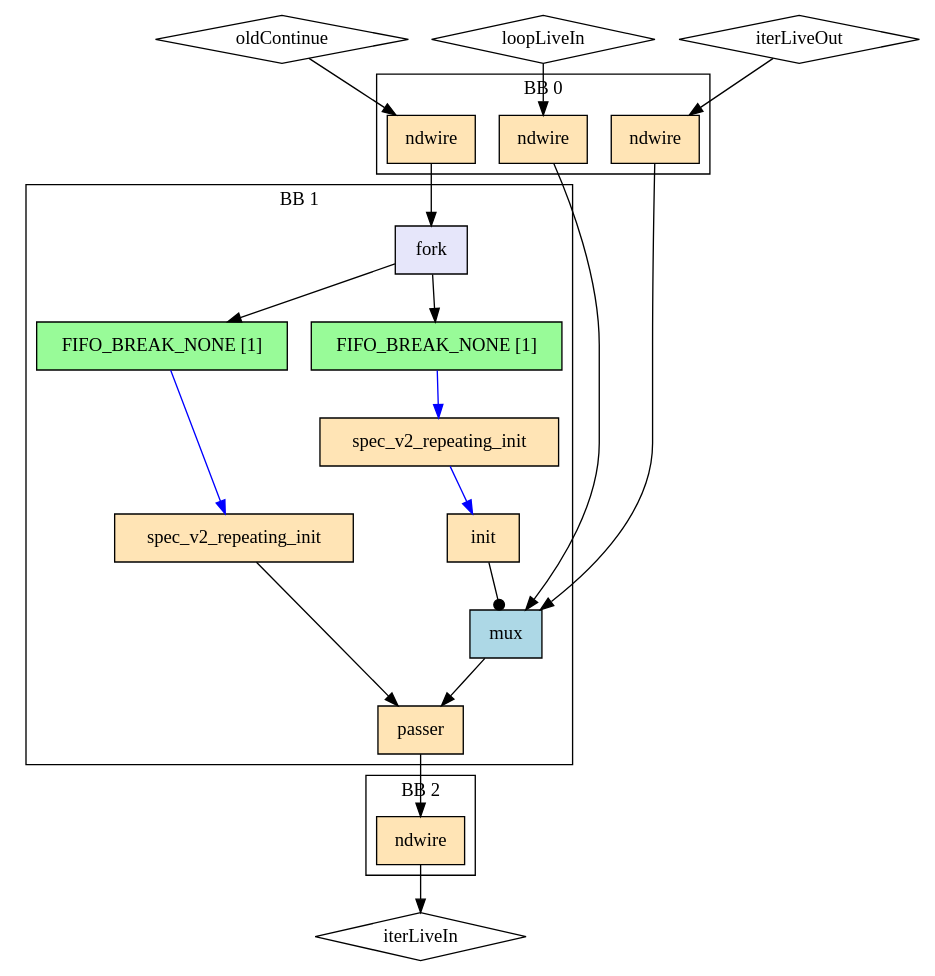
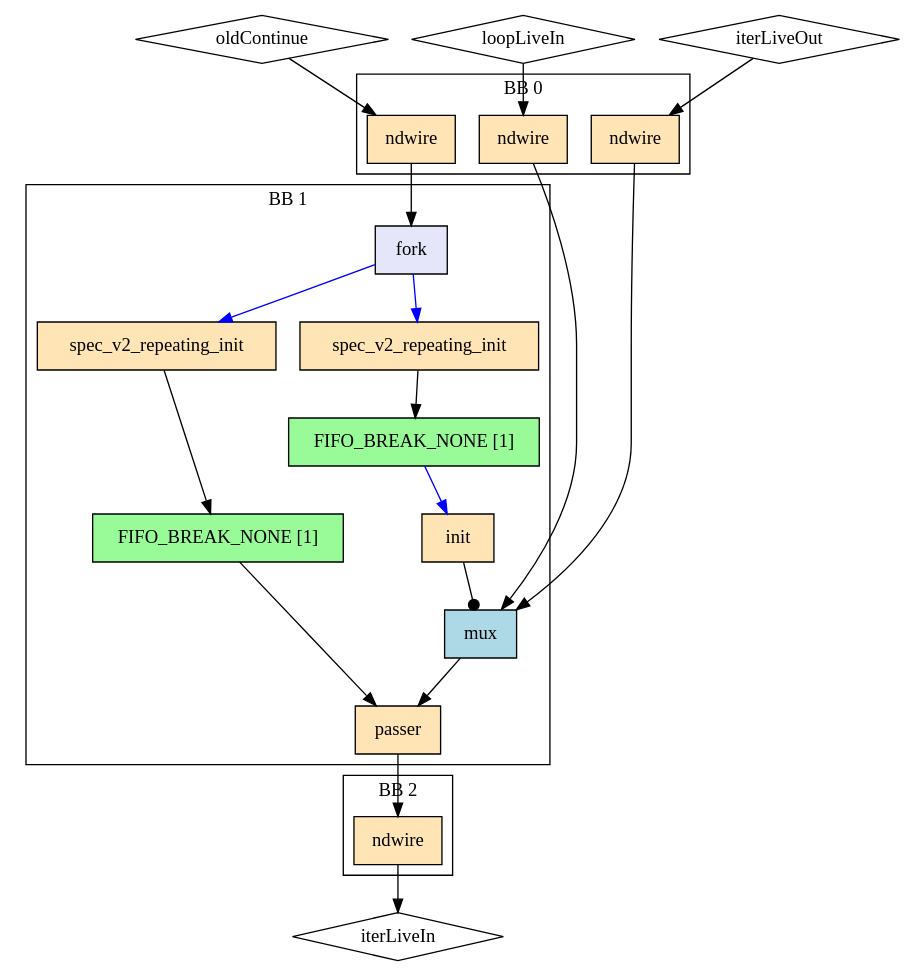
One commit to EPFL-LAP/dynamatic changed the diagram in experimental/tools/elastic-miter/out/sup_mux/rhs_reachability/model.dot. Above: the diagram before and after it, drawn with Graphviz. The commit also changed 939 other files, not shown here.

```diff
--- a/experimental/tools/elastic-miter/out/sup_mux/rhs_reachability/model.dot
+++ b/experimental/tools/elastic-miter/out/sup_mux/rhs_reachability/model.dot
@@ -1,45 +1,45 @@
 Digraph G {
   splines=spline
   compound=true
   "loopLiveIn" ["style"="solid", "shape"="diamond", "label"="loopLiveIn", "mlir_op"="handshake.func"]
+  "iterLiveOut" ["style"="solid", "shape"="diamond", "label"="iterLiveOut", "mlir_op"="handshake.func"]
   "oldContinue" ["style"="solid", "shape"="diamond", "label"="oldContinue", "mlir_op"="handshake.func"]
-  "iterLiveOut" ["style"="solid", "shape"="diamond", "label"="iterLiveOut", "mlir_op"="handshake.func"]
   "iterLiveIn" ["style"="solid", "shape"="diamond", "label"="iterLiveIn", "mlir_op"="handshake.func"]
   "loopLiveIn" -> "ndw_in_loopLiveIn" ["dir"="both", "style"="solid", "arrowhead"="normal", "from_idx"="0", "to"="ins", "arrowtail"="none", "from"="loopLiveIn", "to_idx"="0"]
-  "oldContinue" -> "ndw_in_oldContinue" ["dir"="both", "style"="solid", "arrowhead"="normal", "from_idx"="1", "to"="ins", "arrowtail"="none", "from"="oldContinue", "to_idx"="0"]
-  "iterLiveOut" -> "ndw_in_iterLiveOut" ["dir"="both", "style"="solid", "arrowhead"="normal", "from_idx"="2", "to"="ins", "arrowtail"="none", "from"="iterLiveOut", "to_idx"="0"]
+  "iterLiveOut" -> "ndw_in_iterLiveOut" ["dir"="both", "style"="solid", "arrowhead"="normal", "from_idx"="1", "to"="ins", "arrowtail"="none", "from"="iterLiveOut", "to_idx"="0"]
+  "oldContinue" -> "ndw_in_oldContinue" ["dir"="both", "style"="solid", "arrowhead"="normal", "from_idx"="2", "to"="ins", "arrowtail"="none", "from"="oldContinue", "to_idx"="0"]
   "ndw_in_loopLiveIn" -> "data_mux" ["dir"="both", "style"="solid", "arrowhead"="normal", "from_idx"="0", "to"="ins_0", "arrowtail"="none", "from"="outs", "to_idx"="1"]
-  "ndw_in_oldContinue" -> "vm_fork_1" ["dir"="both", "style"="solid", "arrowhead"="normal", "from_idx"="0", "to"="ins", "arrowtail"="none", "from"="outs", "to_idx"="0"]
   "ndw_in_iterLiveOut" -> "data_mux" ["dir"="both", "style"="solid", "arrowhead"="normal", "from_idx"="0", "to"="ins_1", "arrowtail"="none", "from"="outs", "to_idx"="2"]
+  "ndw_in_oldContinue" -> "vm_fork_2" ["dir"="both", "style"="solid", "arrowhead"="normal", "from_idx"="0", "to"="ins", "arrowtail"="none", "from"="outs", "to_idx"="0"]
   "ndw_out_iterLiveIn" -> "iterLiveIn" ["dir"="both", "style"="solid", "arrowhead"="normal", "from_idx"="0", "to"="iterLiveIn", "arrowtail"="none", "from"="outs", "to_idx"="0"]
   "passer" -> "ndw_out_iterLiveIn" ["dir"="both", "style"="solid", "arrowhead"="normal", "from_idx"="0", "to"="ins", "arrowtail"="none", "from"="result", "to_idx"="0"]
   subgraph cluster0 {
     graph ["label"="BB 0"]
     "ndw_in_loopLiveIn" ["style"="filled", "fillcolor"="moccasin", "shape"="box", "label"="ndwire", "mlir_op"="handshake.ndwire"]
+    "ndw_in_iterLiveOut" ["style"="filled", "fillcolor"="moccasin", "shape"="box", "label"="ndwire", "mlir_op"="handshake.ndwire"]
     "ndw_in_oldContinue" ["style"="filled", "fillcolor"="moccasin", "shape"="box", "label"="ndwire", "mlir_op"="handshake.ndwire"]
-    "ndw_in_iterLiveOut" ["style"="filled", "fillcolor"="moccasin", "shape"="box", "label"="ndwire", "mlir_op"="handshake.ndwire"]
   }
   subgraph cluster2 {
     graph ["label"="BB 2"]
     "ndw_out_iterLiveIn" ["style"="filled", "fillcolor"="moccasin", "shape"="box", "label"="ndwire", "mlir_op"="handshake.ndwire"]
   }
   subgraph cluster1 {
     graph ["label"="BB 1"]
-    "vm_fork_1" ["style"="filled", "fillcolor"="lavender", "shape"="box", "label"="fork", "mlir_op"="handshake.fork"]
+    "vm_fork_2" ["style"="filled", "fillcolor"="lavender", "shape"="box", "label"="fork", "mlir_op"="handshake.fork"]
+    "ri1" ["style"="filled", "fillcolor"="moccasin", "shape"="box", "label"="spec_v2_repeating_init", "mlir_op"="handshake.spec_v2_repeating_init"]
     "buffer1" ["style"="filled", "fillcolor"="palegreen", "shape"="box", "label"="FIFO_BREAK_NONE [1]", "mlir_op"="handshake.buffer"]
-    "ri1" ["style"="filled", "fillcolor"="moccasin", "shape"="box", "label"="spec_v2_repeating_init", "mlir_op"="handshake.spec_v2_repeating_init"]
     "newInit" ["style"="filled", "fillcolor"="moccasin", "shape"="box", "label"="init", "mlir_op"="handshake.init"]
     "data_mux" ["style"="filled", "fillcolor"="lightblue", "shape"="box", "label"="mux", "mlir_op"="handshake.mux"]
+    "ri2" ["style"="filled", "fillcolor"="moccasin", "shape"="box", "label"="spec_v2_repeating_init", "mlir_op"="handshake.spec_v2_repeating_init"]
     "buffer2" ["style"="filled", "fillcolor"="palegreen", "shape"="box", "label"="FIFO_BREAK_NONE [1]", "mlir_op"="handshake.buffer"]
-    "ri2" ["style"="filled", "fillcolor"="moccasin", "shape"="box", "label"="spec_v2_repeating_init", "mlir_op"="handshake.spec_v2_repeating_init"]
     "passer" ["style"="filled", "fillcolor"="moccasin", "shape"="box", "label"="passer", "mlir_op"="handshake.passer"]
-    "vm_fork_1" -> "buffer1" ["dir"="both", "style"="solid", "arrowhead"="normal", "from_idx"="0", "to"="ins", "arrowtail"="none", "from"="outs_0", "to_idx"="0"]
-    "vm_fork_1" -> "buffer2" ["dir"="both", "style"="solid", "arrowhead"="normal", "from_idx"="1", "to"="ins", "arrowtail"="none", "from"="outs_1", "to_idx"="0"]
-    "buffer1" -> "ri1" ["dir"="both", "style"="solid", "arrowhead"="normal", "from_idx"="0", "color"="blue", "to"="ins", "arrowtail"="none", "from"="outs", "to_idx"="0"]
-    "ri1" -> "newInit" ["dir"="both", "style"="solid", "arrowhead"="normal", "from_idx"="0", "color"="blue", "to"="ins", "arrowtail"="none", "from"="outs", "to_idx"="0"]
+    "vm_fork_2" -> "ri1" ["dir"="both", "style"="solid", "arrowhead"="normal", "from_idx"="0", "color"="blue", "to"="ins", "arrowtail"="none", "from"="outs_0", "to_idx"="0"]
+    "vm_fork_2" -> "ri2" ["dir"="both", "style"="solid", "arrowhead"="normal", "from_idx"="1", "color"="blue", "to"="ins", "arrowtail"="none", "from"="outs_1", "to_idx"="0"]
+    "ri1" -> "buffer1" ["dir"="both", "style"="solid", "arrowhead"="normal", "from_idx"="0", "to"="ins", "arrowtail"="none", "from"="outs", "to_idx"="0"]
+    "buffer1" -> "newInit" ["dir"="both", "style"="solid", "arrowhead"="normal", "from_idx"="0", "color"="blue", "to"="ins", "arrowtail"="none", "from"="outs", "to_idx"="0"]
     "newInit" -> "data_mux" ["dir"="both", "style"="solid", "arrowhead"="dot", "from_idx"="0", "to"="index", "arrowtail"="none", "from"="outs", "to_idx"="0"]
     "data_mux" -> "passer" ["dir"="both", "style"="solid", "arrowhead"="normal", "from_idx"="0", "to"="data", "arrowtail"="none", "from"="outs", "to_idx"="0"]
-    "buffer2" -> "ri2" ["dir"="both", "style"="solid", "arrowhead"="normal", "from_idx"="0", "color"="blue", "to"="ins", "arrowtail"="none", "from"="outs", "to_idx"="0"]
-    "ri2" -> "passer" ["dir"="both", "style"="solid", "arrowhead"="normal", "from_idx"="0", "to"="ctrl", "arrowtail"="none", "from"="outs", "to_idx"="1"]
+    "ri2" -> "buffer2" ["dir"="both", "style"="solid", "arrowhead"="normal", "from_idx"="0", "to"="ins", "arrowtail"="none", "from"="outs", "to_idx"="0"]
+    "buffer2" -> "passer" ["dir"="both", "style"="solid", "arrowhead"="normal", "from_idx"="0", "to"="ctrl", "arrowtail"="none", "from"="outs", "to_idx"="1"]
   }
 }
```
